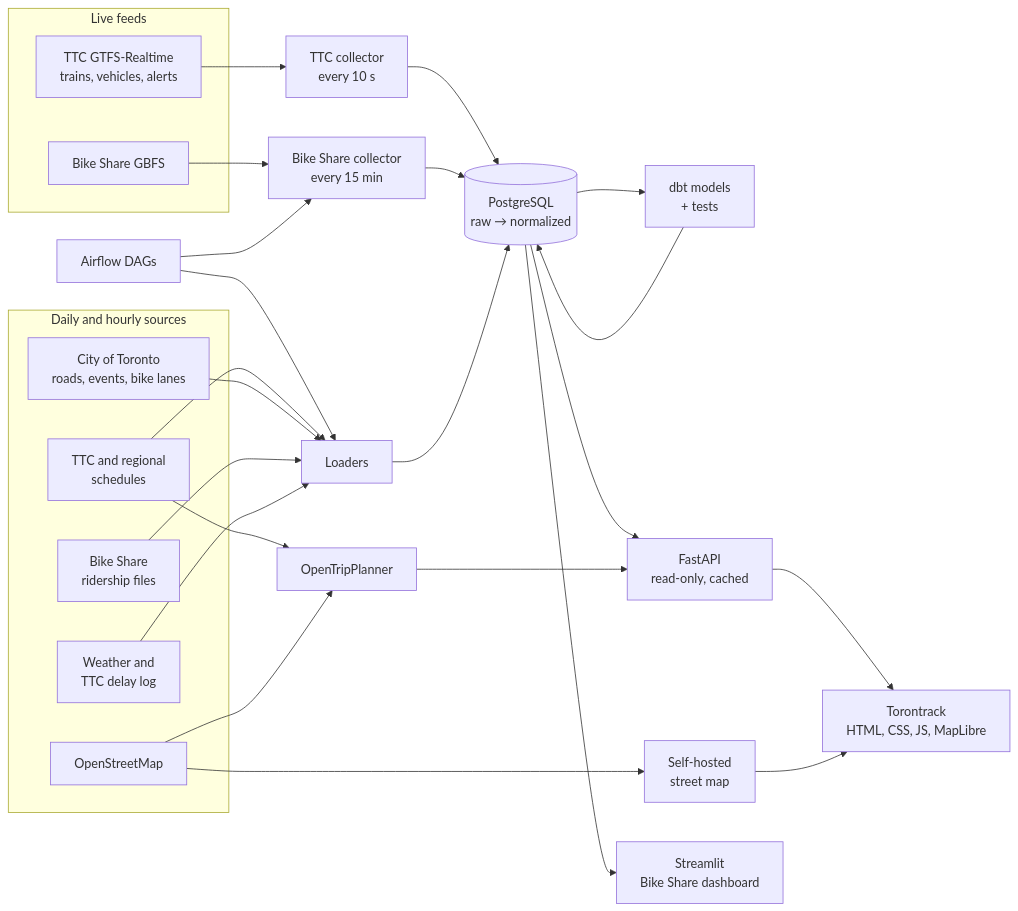
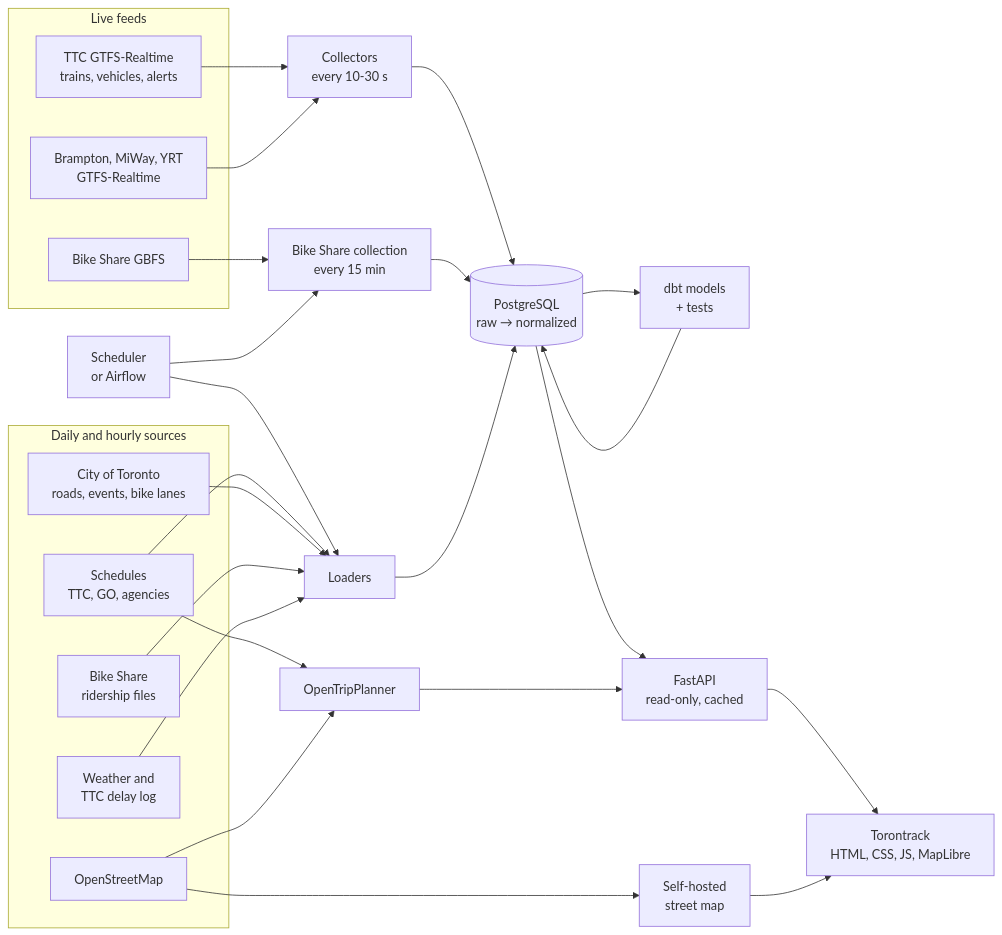
The diagram in README.md (MavenTheKeen/torontrack), drawn with Mermaid before and after one commit. The commit also changed other lines of this file and 10 other files, not shown here.

````diff
--- a/README.md
+++ b/README.md
@@ -113,35 +74,36 @@
 ```mermaid
 flowchart LR
     subgraph Live["Live feeds"]
         TTCRT[TTC GTFS-Realtime<br/>trains, vehicles, alerts]
+        Agencies[Brampton, MiWay, YRT<br/>GTFS-Realtime]
         GBFS[Bike Share GBFS]
     end
     subgraph Daily["Daily and hourly sources"]
-        GTFS[TTC and regional<br/>schedules]
+        GTFS[Schedules<br/>TTC, GO, agencies]
         City[City of Toronto<br/>roads, events, bike lanes]
         Trips[Bike Share<br/>ridership files]
         Weather[Weather and<br/>TTC delay log]
         OSM[OpenStreetMap]
     end
-    TTCRT --> TTCC[TTC collector<br/>every 10 s]
-    GBFS --> BSC[Bike Share collector<br/>every 15 min]
-    Airflow[Airflow DAGs] --> BSC
-    Airflow --> Loaders[Loaders]
+    TTCRT --> TTCC[Collectors<br/>every 10-30 s]
+    Agencies --> TTCC
+    GBFS --> BSC[Bike Share collection<br/>every 15 min]
+    Sched[Scheduler<br/>or Airflow] --> BSC
+    Sched --> Loaders[Loaders]
     GTFS --> Loaders
     City --> Loaders
     Trips --> Loaders
     Weather --> Loaders
     TTCC --> PG[(PostgreSQL<br/>raw → normalized)]
     BSC --> PG
     Loaders --> PG
     PG --> dbt[dbt models<br/>+ tests]
     dbt --> PG
     GTFS --> OTP[OpenTripPlanner]
     OSM --> OTP
     OSM --> Tiles[Self-hosted<br/>street map]
     PG --> API[FastAPI<br/>read-only, cached]
     OTP --> API
     API --> Site[Torontrack<br/>HTML, CSS, JS, MapLibre]
     Tiles --> Site
-    PG --> Dash[Streamlit<br/>Bike Share dashboard]
 ```
````
